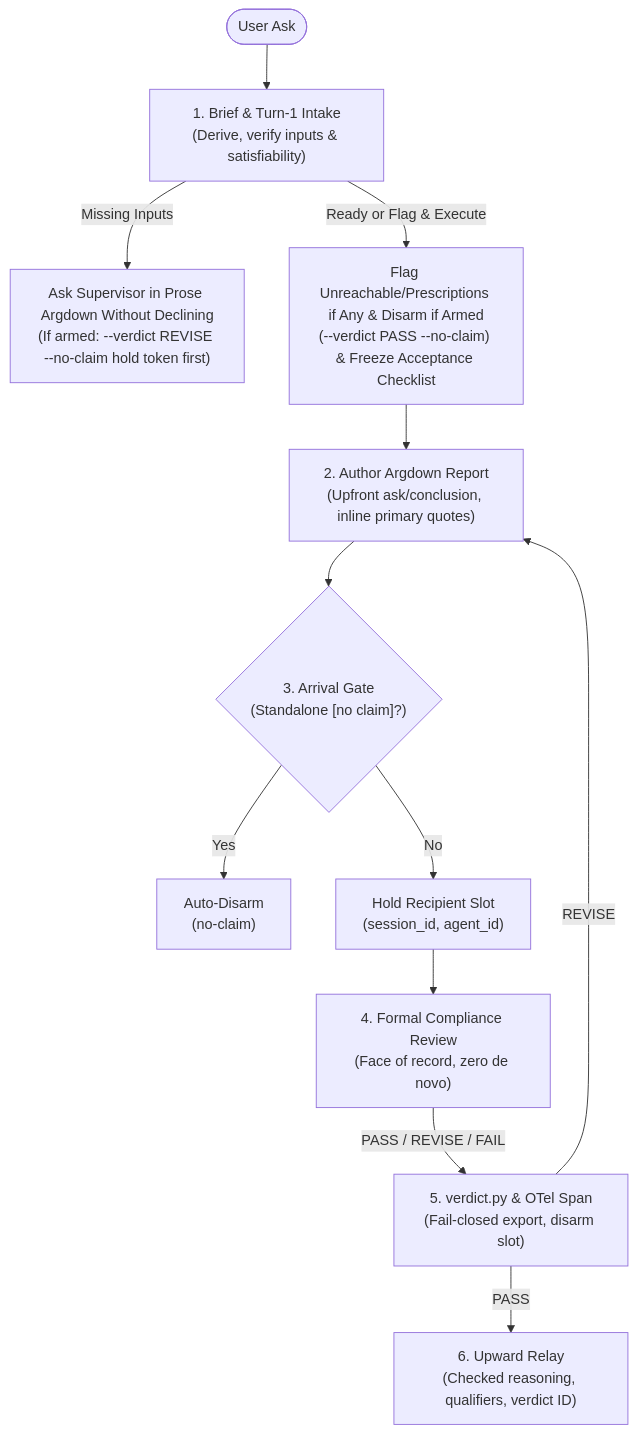
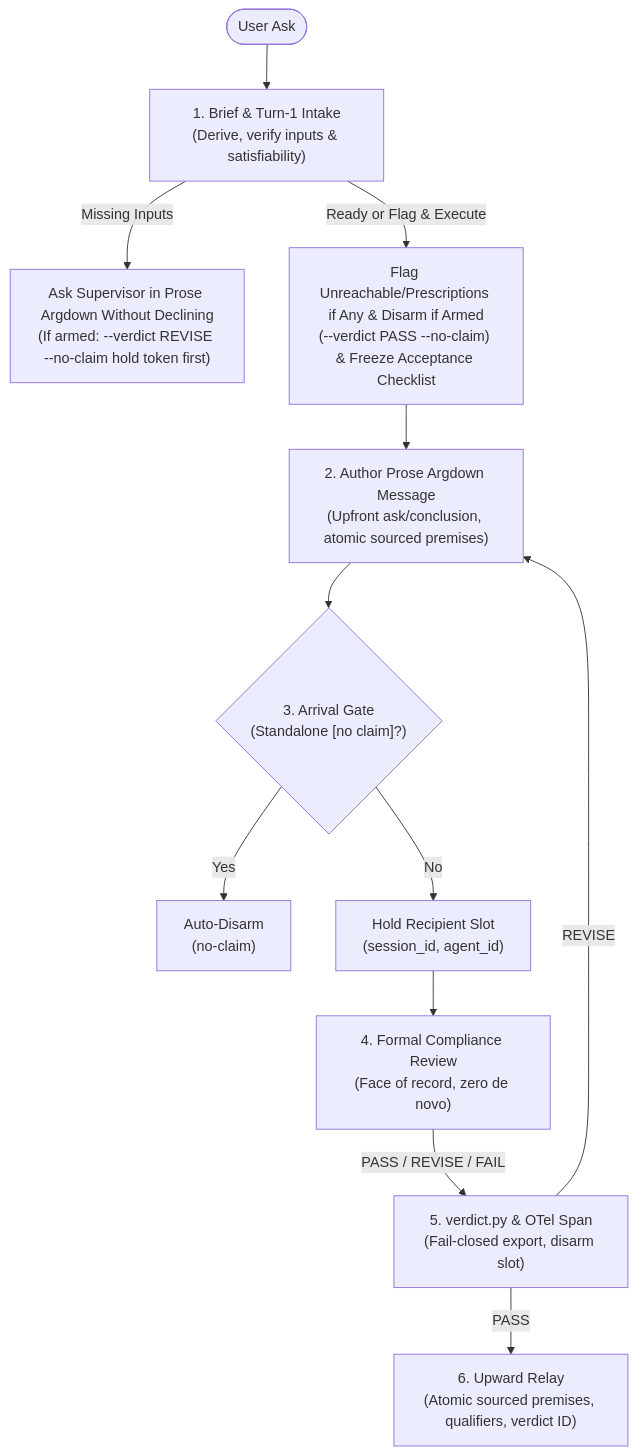
Before and after one commit to nicsuzor/academicOps: the diagram in specs/enforcement/evidence-contract.md, drawn with Mermaid. The commit also changed other lines of this file and 8 other files, not shown here.

````diff
--- a/specs/enforcement/evidence-contract.md
+++ b/specs/enforcement/evidence-contract.md
@@ -86,14 +86,14 @@
 ```mermaid
 flowchart TD
     Ask(["User Ask"]) --> Brief["1. Brief & Turn-1 Intake<br/>(Derive, verify inputs & satisfiability)"]
     Brief -->|Missing Inputs| BriefClarify["Ask Supervisor in Prose Argdown Without Declining<br/>(If armed: --verdict REVISE --no-claim hold token first)"]
     Brief -->|Ready or Flag & Execute| BriefClear["Flag Unreachable/Prescriptions if Any & Disarm if Armed<br/>(--verdict PASS --no-claim) & Freeze Acceptance Checklist"]
-    BriefClear --> Author["2. Author Argdown Report<br/>(Upfront ask/conclusion, inline primary quotes)"]
+    BriefClear --> Author["2. Author Prose Argdown Message<br/>(Upfront ask/conclusion, atomic sourced premises)"]
     Author --> Gate{"3. Arrival Gate<br/>(Standalone [no claim]?)"}
     Gate -->|Yes| AutoClear["Auto-Disarm<br/>(no-claim)"]
     Gate -->|No| Hold["Hold Recipient Slot<br/>(session_id, agent_id)"]
     Hold --> Review["4. Formal Compliance Review<br/>(Face of record, zero de novo)"]
     Review -->|PASS / REVISE / FAIL| Record["5. verdict.py & OTel Span<br/>(Fail-closed export, disarm slot)"]
     Record -->|REVISE| Author
-    Record -->|PASS| Relay["6. Upward Relay<br/>(Checked reasoning, qualifiers, verdict ID)"]
+    Record -->|PASS| Relay["6. Upward Relay<br/>(Atomic sourced premises, qualifiers, verdict ID)"]
 ```
````
